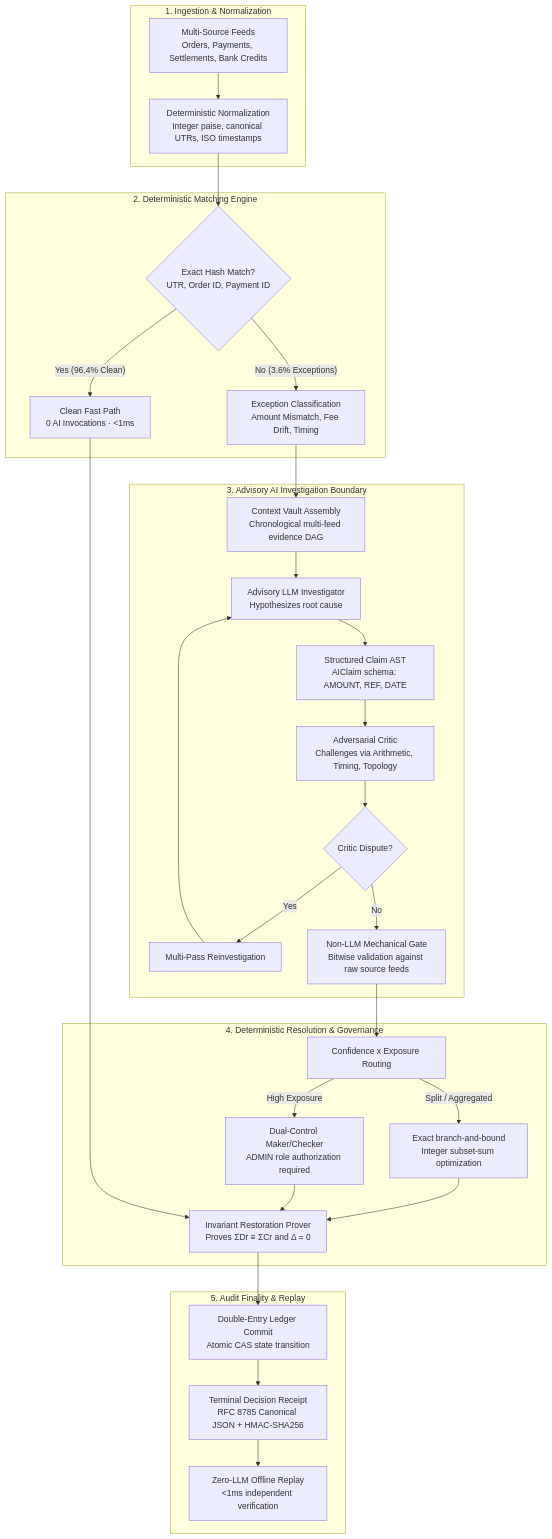
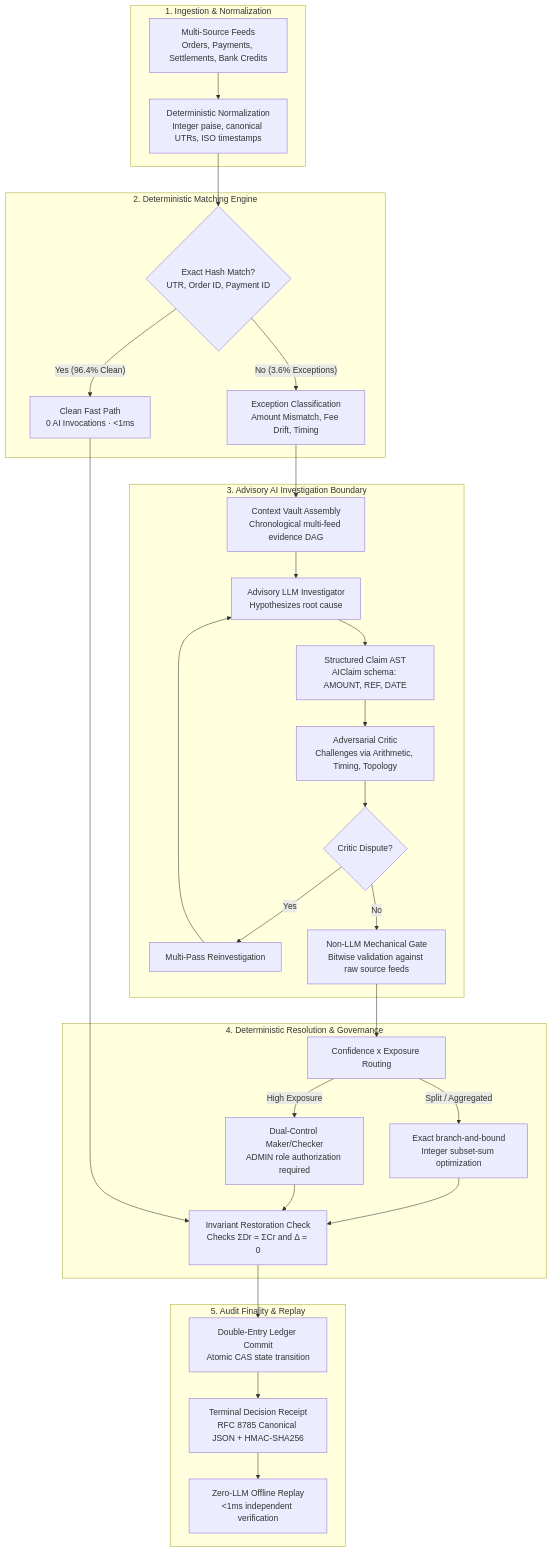
The diagram in README.md (AkshayAlgoX/settlemate-ai), drawn with Mermaid before and after one commit. The commit also changed other lines of this file, not shown here.

First line of the commit message:
docs(readme): current test counts; 'check' instead of 'prove' for the invariant step

````diff
--- a/README.md
+++ b/README.md
@@ -68,38 +68,38 @@
 ```mermaid
 flowchart TD
     subgraph INGEST["1. Ingestion & Normalization"]
         A1[Multi-Source Feeds<br/>Orders, Payments, Settlements, Bank Credits] --> A2[Deterministic Normalization<br/>Integer paise, canonical UTRs, ISO timestamps]
     end
 
     subgraph MATCH["2. Deterministic Matching Engine"]
         A2 --> B1{Exact Hash Match?<br/>UTR, Order ID, Payment ID}
         B1 -- "Yes (96.4% Clean)" --> B2[Clean Fast Path<br/>0 AI Invocations · &lt;1ms]
         B1 -- "No (3.6% Exceptions)" --> C1[Exception Classification<br/>Amount Mismatch, Fee Drift, Timing]
     end
 
     subgraph INVESTIGATE["3. Advisory AI Investigation Boundary"]
         C1 --> C2[Context Vault Assembly<br/>Chronological multi-feed evidence DAG]
         C2 --> C3[Advisory LLM Investigator<br/>Hypothesizes root cause]
         C3 --> C4[Structured Claim AST<br/>AIClaim schema: AMOUNT, REF, DATE]
         C4 --> C5[Adversarial Critic<br/>Challenges via Arithmetic, Timing, Topology]
         C5 --> C6{Critic Dispute?}
         C6 -- "Yes" --> C7[Multi-Pass Reinvestigation]
         C7 --> C3
         C6 -- "No" --> D1[Non-LLM Mechanical Gate<br/>Bitwise validation against raw source feeds]
     end
 
     subgraph RESOLVE["4. Deterministic Resolution & Governance"]
         D1 --> E1[Confidence x Exposure Routing]
         E1 -- "Split / Aggregated" --> E2[Exact branch-and-bound<br/>Integer subset-sum optimization]
         E1 -- "High Exposure" --> E3[Dual-Control Maker/Checker<br/>ADMIN role authorization required]
-        E2 --> F1[Invariant Restoration Prover<br/>Proves ΣDr ≡ ΣCr and Δ = 0]
+        E2 --> F1[Invariant Restoration Check<br/>Checks ΣDr = ΣCr and Δ = 0]
         E3 --> F1
         B2 --> F1
     end
 
     subgraph SEAL["5. Audit Finality & Replay"]
         F1 --> G1[Double-Entry Ledger Commit<br/>Atomic CAS state transition]
         G1 --> G2[Terminal Decision Receipt<br/>RFC 8785 Canonical JSON + HMAC-SHA256]
         G2 --> G3[Zero-LLM Offline Replay<br/>&lt;1ms independent verification]
     end
 ```
````
